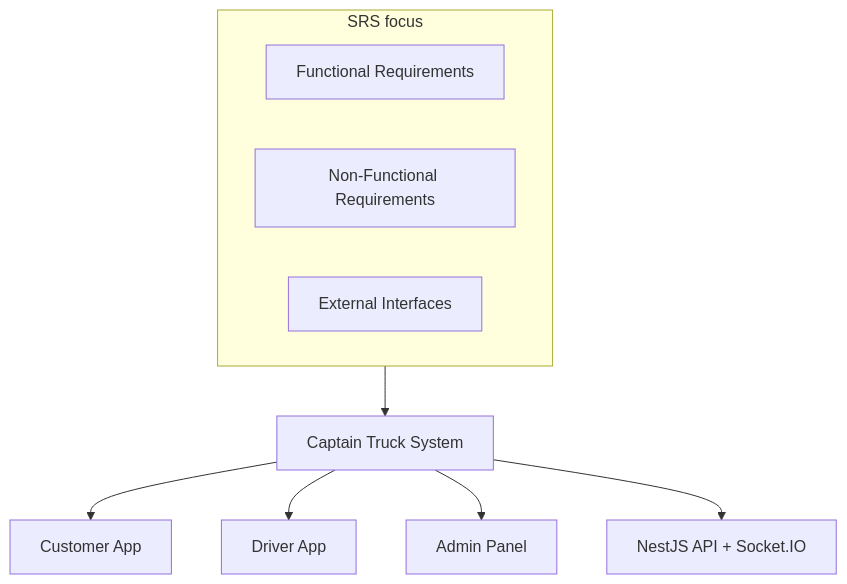
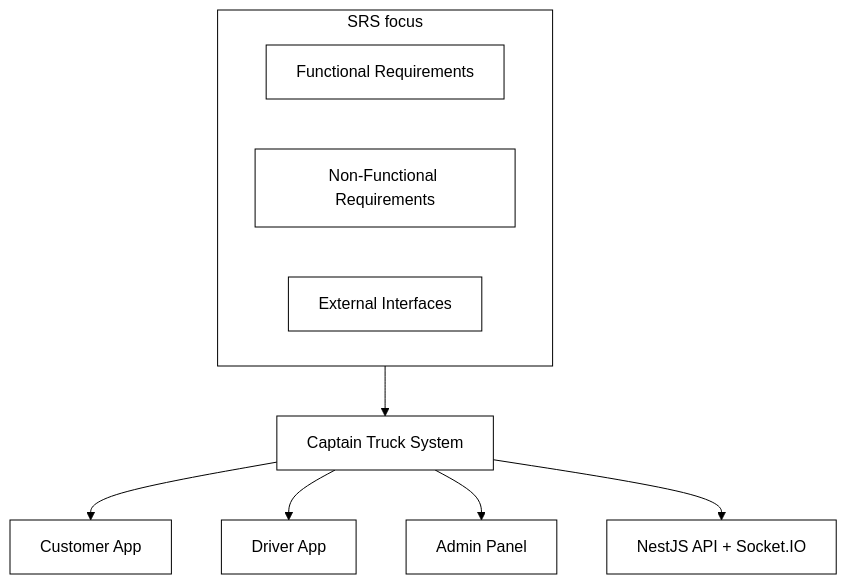
Before and after one commit to Muhammad-Umair-Gujjar/captainTruck: the first of 6 diagrams in docs/Chapter2.md, drawn with Mermaid. The commit also changed other lines of this file and 536 other files, not shown here.

````diff
--- a/docs/Chapter2.md
+++ b/docs/Chapter2.md
@@ -66,14 +71,15 @@
 ```mermaid
+%%{init: {'theme': 'base', 'themeVariables': { 'primaryColor': '#ffffff', 'primaryTextColor': '#000000', 'primaryBorderColor': '#000000', 'lineColor': '#000000', 'secondaryColor': '#ffffff', 'tertiaryColor': '#ffffff', 'background': '#ffffff', 'mainBkg': '#ffffff', 'nodeBorder': '#000000', 'clusterBkg': '#ffffff', 'clusterBorder': '#000000', 'titleColor': '#000000', 'edgeLabelBackground': '#ffffff'}}}%%
 flowchart TB
   subgraph Specs["SRS focus"]
     FR[Functional Requirements]
     NFR[Non-Functional Requirements]
     IF[External Interfaces]
   end
   CT[Captain Truck System]
   Specs --> CT
   CT --> C[Customer App]
   CT --> D[Driver App]
   CT --> A[Admin Panel]
   CT --> API[NestJS API + Socket.IO]
 ```
````
